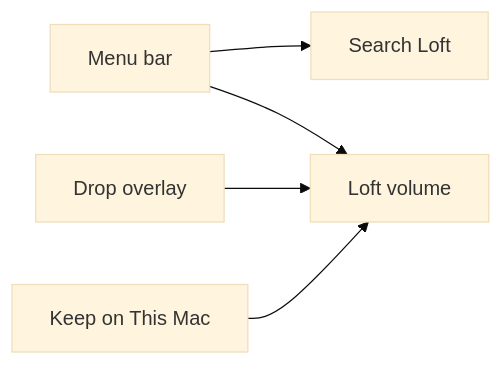
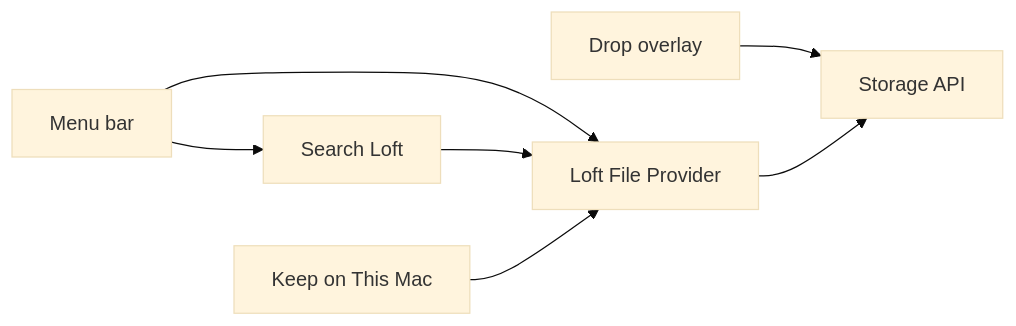
The diagram in docs/macos.md (smeltery/loft), drawn with Mermaid (base theme) before and after one commit. The commit also changed other lines of this file and 22 other files, not shown here.

````diff
--- a/docs/macos.md
+++ b/docs/macos.md
@@ -7,12 +7,14 @@
 ```mermaid
 flowchart LR
   menu[Menu bar]
   search[Search Loft]
-  finder[Loft volume]
+  finder[Loft File Provider]
   drop[Drop overlay]
   keep[Keep on This Mac]
   menu --> search
   menu --> finder
-  drop --> finder
+  search --> finder
+  drop --> api[Storage API]
+  finder --> api
   keep --> finder
 ```
````
